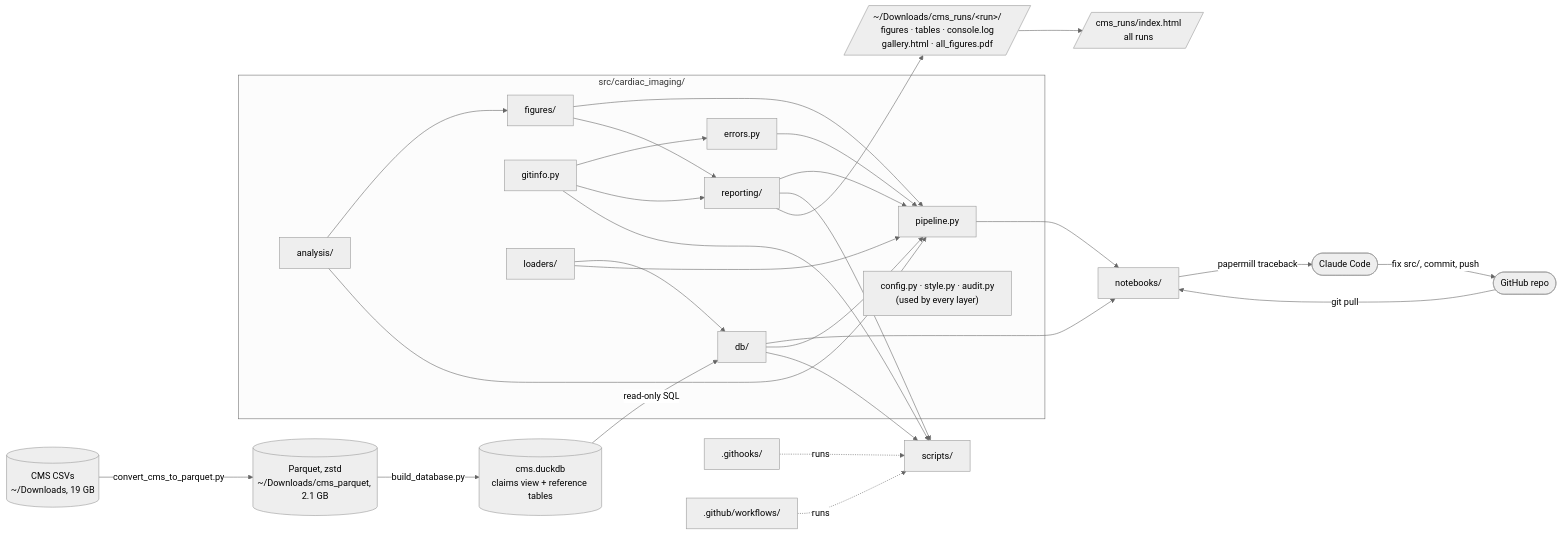
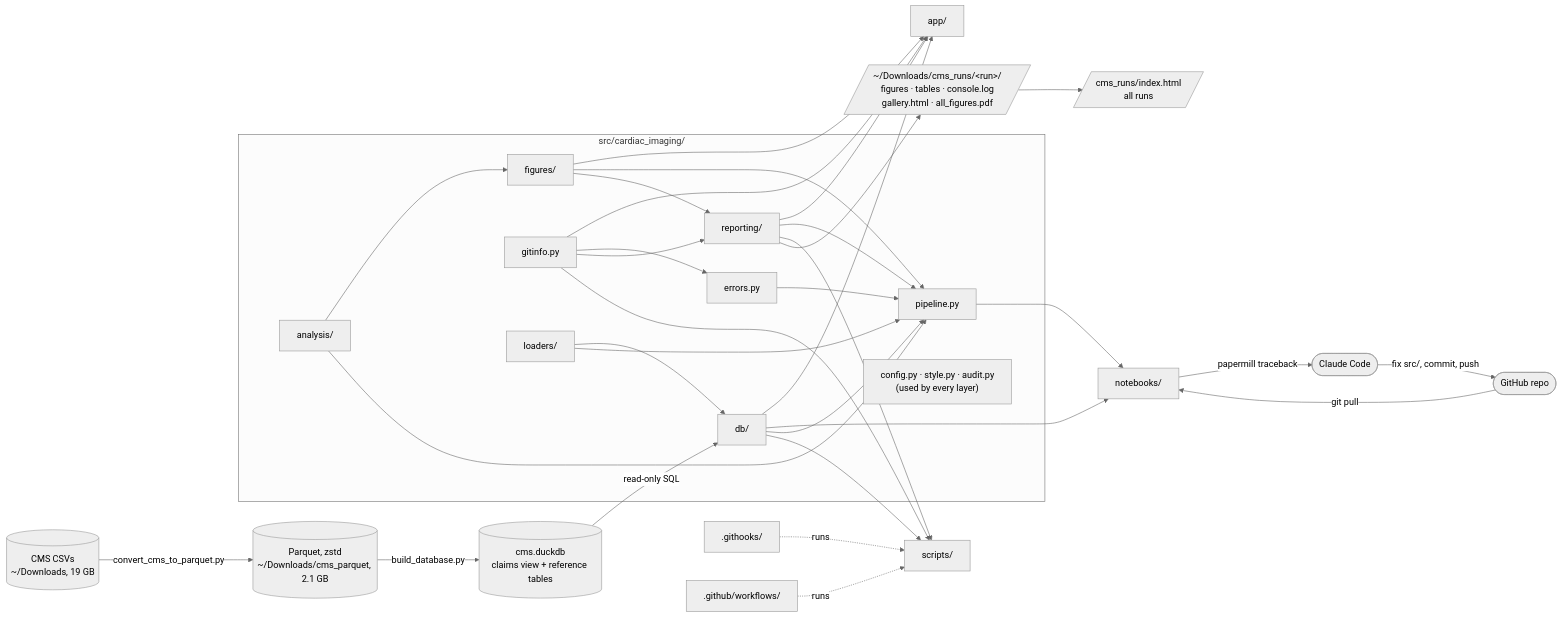
Before and after one commit to drsanjna/cardiac-imaging-medicare: the diagram in README.md, drawn with Mermaid (neutral theme). The commit also changed other lines of this file and 62 other files, not shown here.

````diff
--- a/README.md
+++ b/README.md
@@ -9,51 +9,56 @@
 ```mermaid
 flowchart LR
   csv[("CMS CSVs<br/>~/Downloads, 19 GB")]
   pq[("Parquet, zstd<br/>~/Downloads/cms_parquet, 2.1 GB")]
   duck[("cms.duckdb<br/>claims view + reference tables")]
   out[/"~/Downloads/cms_runs/&lt;run&gt;/<br/>figures · tables · console.log<br/>gallery.html · all_figures.pdf"/]
   idx[/"cms_runs/index.html<br/>all runs"/]
   claude(["Claude Code"])
   gh(["GitHub repo"])
   subgraph code["src/cardiac_imaging/"]
     n_analysis_["analysis/"]
     n_db_["db/"]
     n_errors_py["errors.py"]
     n_figures_["figures/"]
     n_gitinfo_py["gitinfo.py"]
     n_loaders_["loaders/"]
     n_pipeline_py["pipeline.py"]
     n_reporting_["reporting/"]
     cfg["config.py · style.py · audit.py<br/>(used by every layer)"]
   end
   n__githooks_[".githooks/"]
   n__github_workflows_[".github/workflows/"]
+  n_app_["app/"]
   n_notebooks_["notebooks/"]
   n_scripts_["scripts/"]
   n_analysis_ --> n_figures_
   n_analysis_ --> n_pipeline_py
+  n_db_ --> n_app_
   n_db_ --> n_notebooks_
   n_db_ --> n_pipeline_py
   n_db_ --> n_scripts_
   n_errors_py --> n_pipeline_py
+  n_figures_ --> n_app_
   n_figures_ --> n_pipeline_py
   n_figures_ --> n_reporting_
+  n_gitinfo_py --> n_app_
   n_gitinfo_py --> n_errors_py
   n_gitinfo_py --> n_reporting_
   n_gitinfo_py --> n_scripts_
   n_loaders_ --> n_db_
   n_loaders_ --> n_pipeline_py
   n_pipeline_py --> n_notebooks_
+  n_reporting_ --> n_app_
   n_reporting_ --> n_pipeline_py
   n_reporting_ --> n_scripts_
   n__githooks_ -. runs .-> n_scripts_
   n__github_workflows_ -. runs .-> n_scripts_
   csv -- "convert_cms_to_parquet.py" --> pq
   pq -- "build_database.py" --> duck
   duck -- "read-only SQL" --> n_db_
   n_reporting_ --> out
 out --> idx
   n_notebooks_ -- "papermill traceback" --> claude
   claude -- "fix src/, commit, push" --> gh
   gh -- "git pull" --> n_notebooks_
 ```
````
